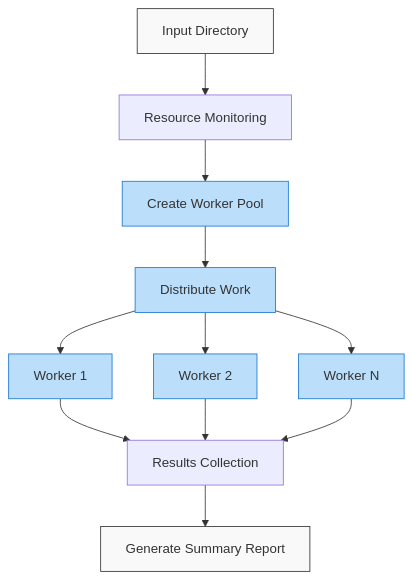
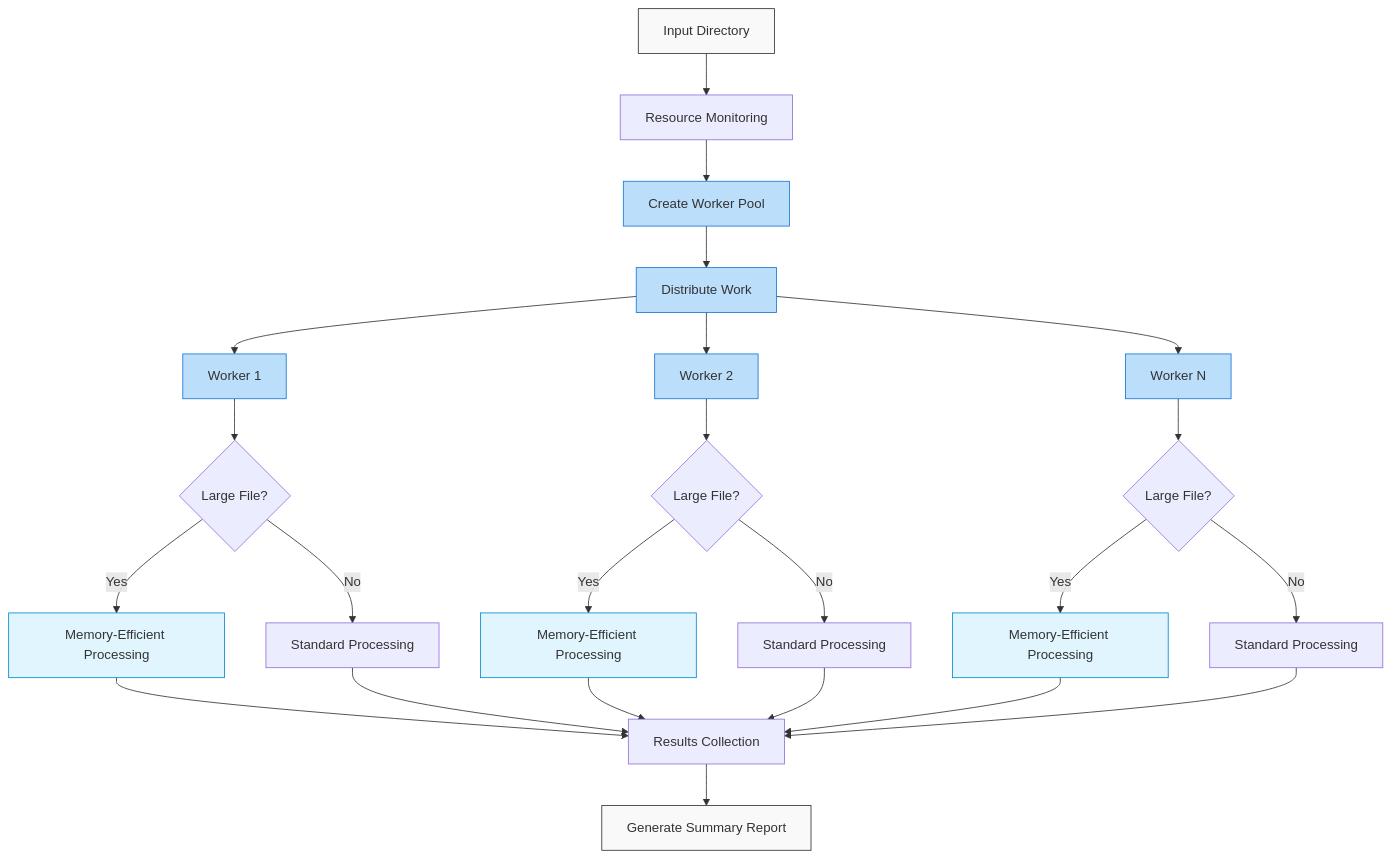
The fourth of 4 diagrams in docs/workflow_diagram.md (xy-liao/jp2forge), drawn with Mermaid before and after one commit. The commit also changed other lines of this file and 3 other files, not shown here.

Commit message:
workflow diagram updates

````diff
--- a/docs/workflow_diagram.md
+++ b/docs/workflow_diagram.md
@@ -70,21 +90,36 @@
 ```mermaid
 flowchart TD
     A[Input Directory] --> B[Resource Monitoring]
     B --> C[Create Worker Pool]
     C --> D[Distribute Work]
     D --> E[Worker 1]
     D --> F[Worker 2]
     D --> G[Worker N]
-    E --> H[Results Collection]
-    F --> H
-    G --> H
+    E --> E1{Large File?}
+    F --> F1{Large File?}
+    G --> G1{Large File?}
+    E1 -->|Yes| E2[Memory-Efficient Processing]
+    E1 -->|No| E3[Standard Processing]
+    F1 -->|Yes| F2[Memory-Efficient Processing]
+    F1 -->|No| F3[Standard Processing]
+    G1 -->|Yes| G2[Memory-Efficient Processing]
+    G1 -->|No| G3[Standard Processing]
+    E2 --> H[Results Collection]
+    E3 --> H
+    F2 --> H
+    F3 --> H
+    G2 --> H
+    G3 --> H
     H --> I[Generate Summary Report]
     
     style A fill:#f9f9f9,stroke:#333,stroke-width:1px
     style I fill:#f9f9f9,stroke:#333,stroke-width:1px
     style C fill:#bbdefb,stroke:#1976d2,stroke-width:1px
     style D fill:#bbdefb,stroke:#1976d2,stroke-width:1px
     style E fill:#bbdefb,stroke:#1976d2,stroke-width:1px
     style F fill:#bbdefb,stroke:#1976d2,stroke-width:1px
     style G fill:#bbdefb,stroke:#1976d2,stroke-width:1px
+    style E2 fill:#e1f5fe,stroke:#0288d1,stroke-width:1px
+    style F2 fill:#e1f5fe,stroke:#0288d1,stroke-width:1px
+    style G2 fill:#e1f5fe,stroke:#0288d1,stroke-width:1px
 ```
````
